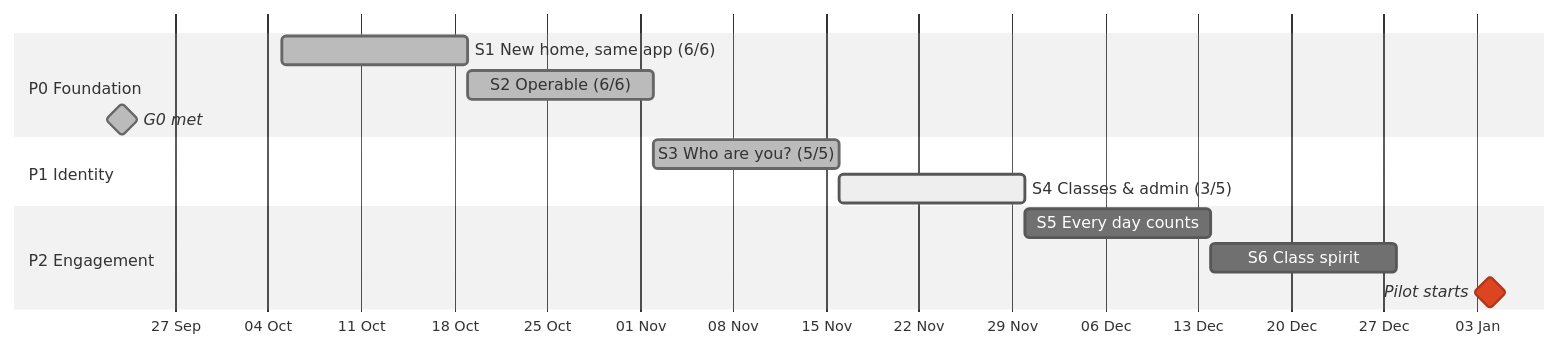
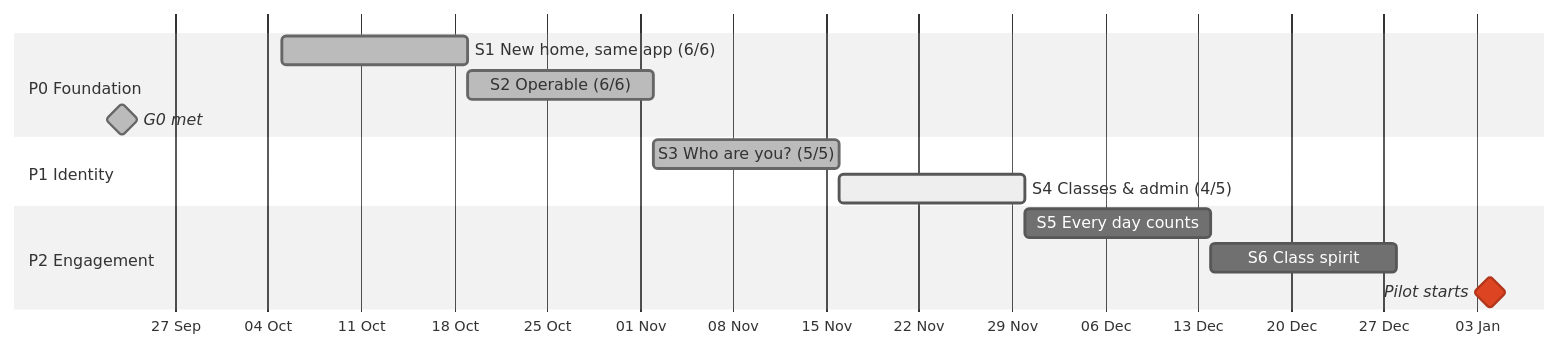
Before and after one commit to Sira-Labs/Suffa: the first of 2 diagrams in docs/plan/sprint-plan.md, drawn with Mermaid (neutral theme). The commit also changed other lines of this file and 23 other files, not shown here.

````diff
--- a/docs/plan/sprint-plan.md
+++ b/docs/plan/sprint-plan.md
@@ -17,17 +17,17 @@
 ```mermaid
 gantt
   dateFormat YYYY-MM-DD
   axisFormat %d %b
   todayMarker on
   section P0 Foundation
   S1 New home, same app (6/6)        :done, s1, 2026-10-05, 14d
   S2 Operable (6/6)                  :done, s2, after s1, 14d
   G0 met                             :milestone, done, g0, 2026-09-23, 0d
   section P1 Identity
   S3 Who are you? (5/5)              :done, s3, after s2, 14d
-  S4 Classes & admin (3/5)          :active, s4, after s3, 14d
+  S4 Classes & admin (4/5)          :active, s4, after s3, 14d
   section P2 Engagement
   S5 Every day counts               :s5, after s4, 14d
   S6 Class spirit                    :s6, after s5, 14d
   Pilot starts                       :milestone, crit, pilot, 2027-01-04, 0d
 ```
````
